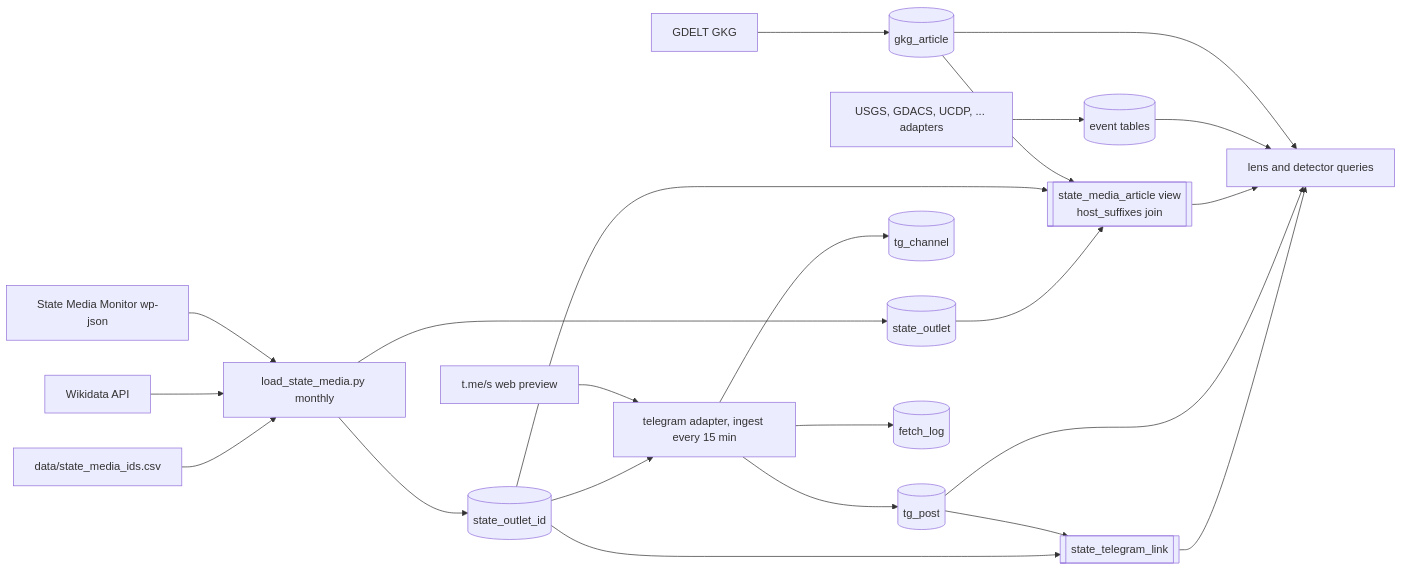
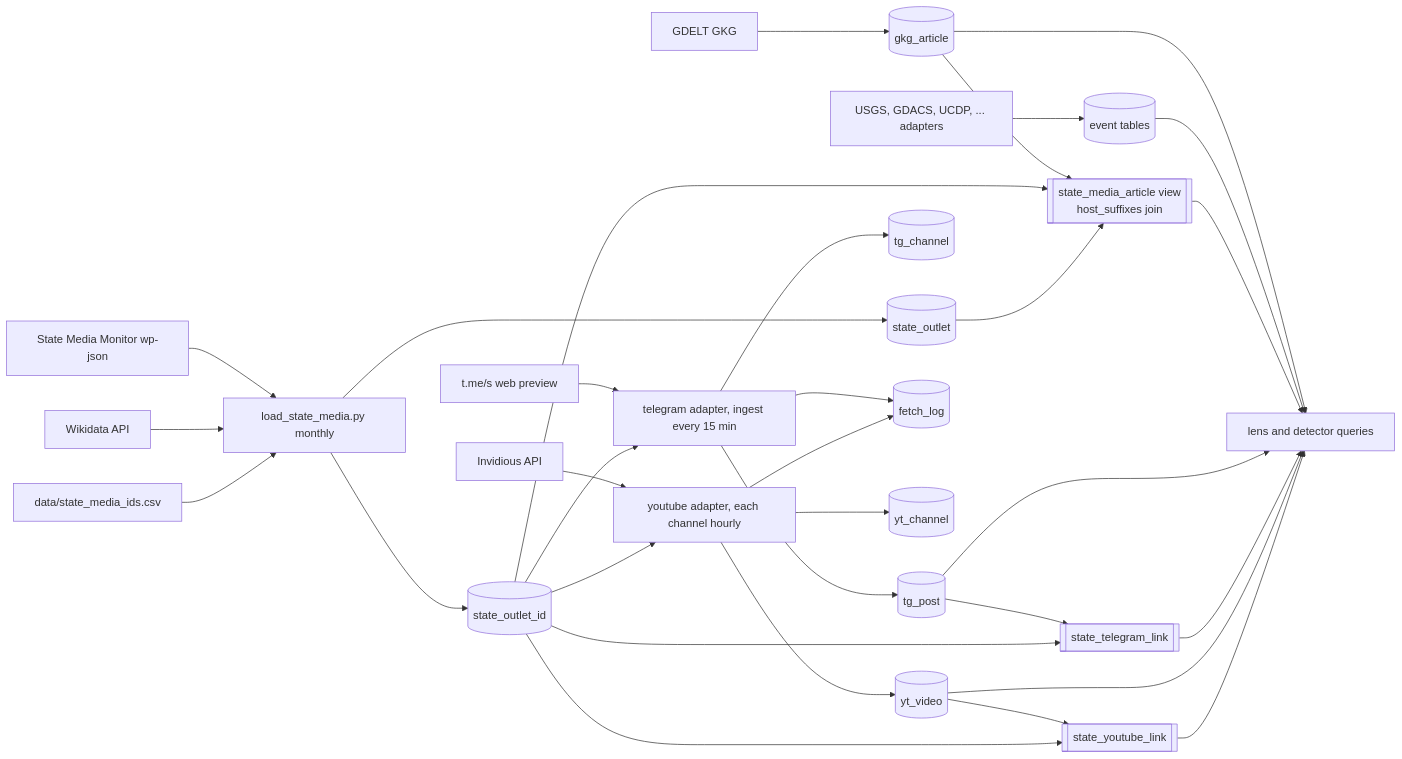
Before and after one commit to jamesonhohbein/news-radar: the diagram in ARCHITECTURE.md, drawn with Mermaid. The commit also changed other lines of this file and 10 other files, not shown here.

First line of the commit message:
Collect state media YouTube uploads via Invidious (specs/state-youtube.md) (#26)

````diff
--- a/ARCHITECTURE.md
+++ b/ARCHITECTURE.md
@@ -7,25 +7,34 @@
 ```mermaid
 flowchart LR
   GDELT[GDELT GKG] --> GKG[(gkg_article)]
   Other[USGS, GDACS, UCDP, ... adapters] --> Events[(event tables)]
   SMM[State Media Monitor wp-json] --> Loader[load_state_media.py monthly]
   WD[Wikidata API] --> Loader
   CSV[data/state_media_ids.csv] --> Loader
   Loader --> SO[(state_outlet)]
   Loader --> SOI[(state_outlet_id)]
   GKG --> SMA[[state_media_article view<br/>host_suffixes join]]
   SOI --> SMA
   SO --> SMA
   TG[t.me/s web preview] --> Coll[telegram adapter, ingest every 15 min]
   SOI --> Coll
   Coll --> TC[(tg_channel)]
   Coll --> TP[(tg_post)]
   Coll --> FL[(fetch_log)]
   TP --> STL[[state_telegram_link]]
   SOI --> STL
+  INV[Invidious API] --> YColl[youtube adapter, each channel hourly]
+  SOI --> YColl
+  YColl --> YC[(yt_channel)]
+  YColl --> YV[(yt_video)]
+  YColl --> FL
+  YV --> SYL[[state_youtube_link]]
+  SOI --> SYL
   GKG --> Lens[lens and detector queries]
   Events --> Lens
   SMA --> Lens
   TP --> Lens
   STL --> Lens
+  YV --> Lens
+  SYL --> Lens
 ```
````
